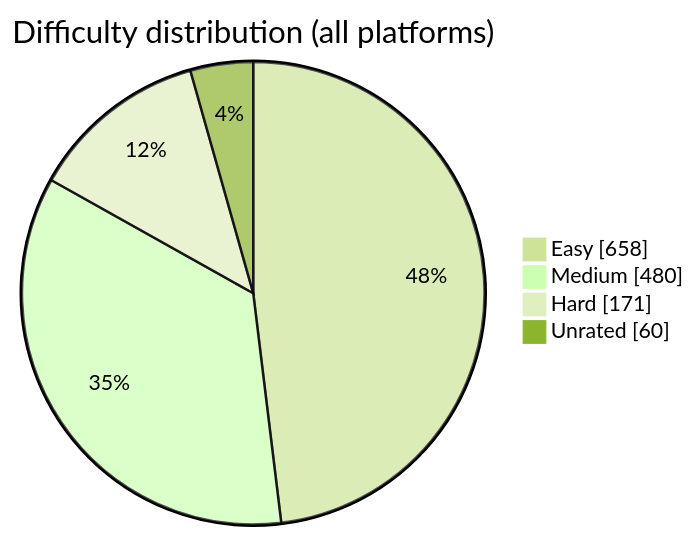
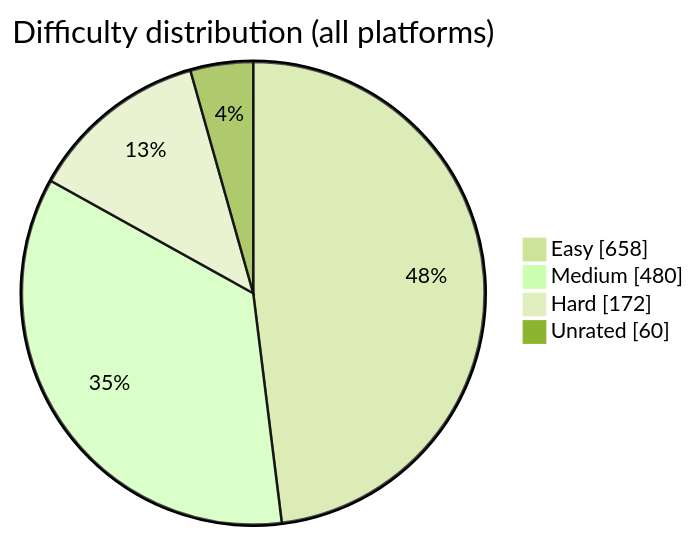
Before and after one commit to BuildbyArindam/Daily-Coding-Log: the diagram in README.md, drawn with Mermaid (forest theme). The commit also changed other lines of this file, not shown here.

````diff
--- a/README.md
+++ b/README.md
@@ -93,7 +93,7 @@
 ```mermaid
 pie showData title Difficulty distribution (all platforms)
     "Easy" : 658
     "Medium" : 480
-    "Hard" : 171
+    "Hard" : 172
     "Unrated" : 60
 ```
````
